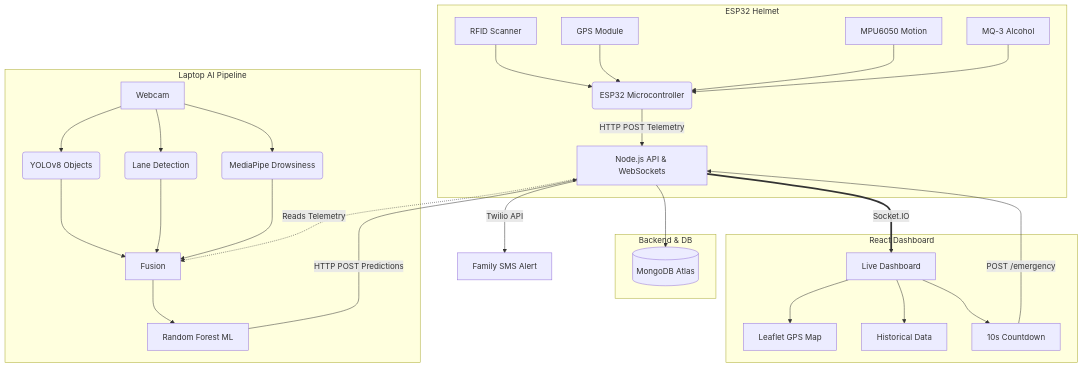
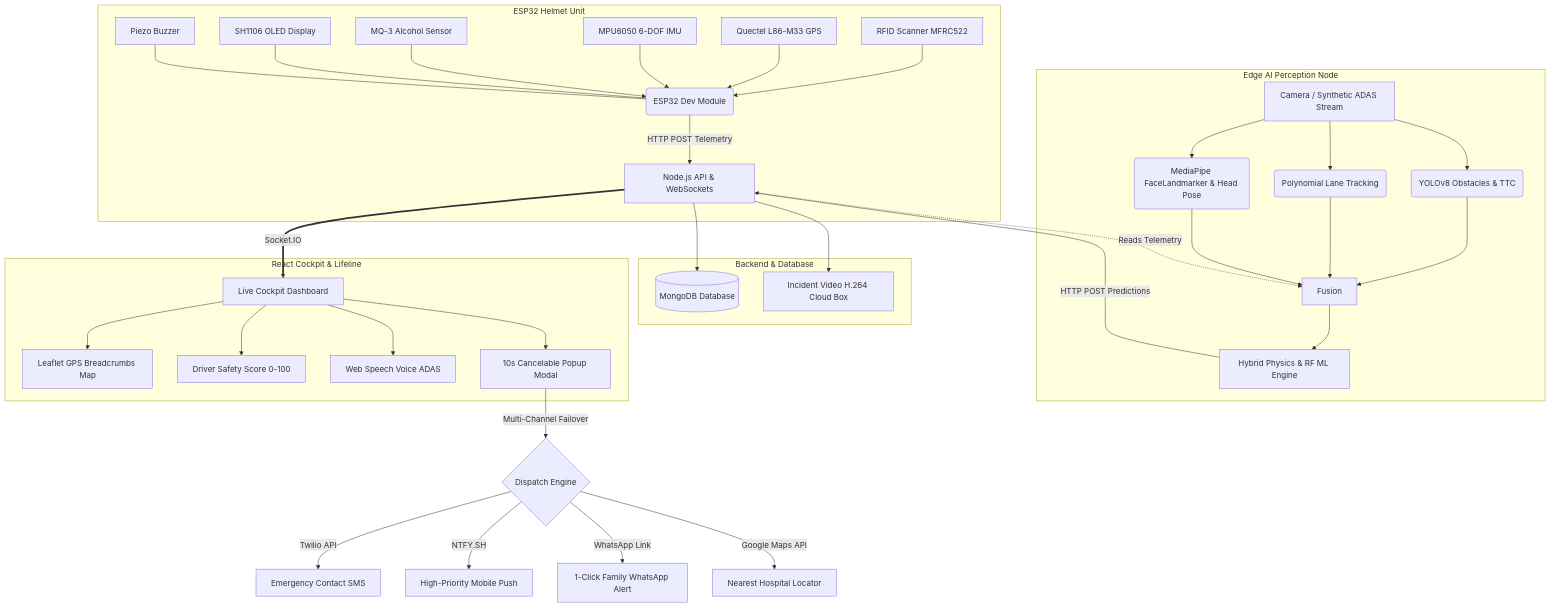
The diagram in README.md (Sahanabu/DivyaDrishti), drawn with Mermaid before and after one commit. The commit also changed other lines of this file and 329 other files, not shown here.

````diff
--- a/README.md
+++ b/README.md
@@ -16,36 +37,43 @@
 ```mermaid
 flowchart TD
-    subgraph Hardware [ESP32 Helmet]
-        RFID[RFID Scanner] --> ESP(ESP32 Microcontroller)
-        GPS[GPS Module] --> ESP
-        MPU[MPU6050 Motion] --> ESP
-        MQ3[MQ-3 Alcohol] --> ESP
+    subgraph Hardware [ESP32 Helmet Unit]
+        RFID[RFID Scanner MFRC522] --> ESP(ESP32 Dev Module)
+        GPS[Quectel L86-M33 GPS] --> ESP
+        MPU[MPU6050 6-DOF IMU] --> ESP
+        MQ3[MQ-3 Alcohol Sensor] --> ESP
+        OLED[SH1106 OLED Display] --- ESP
+        Buzzer[Piezo Buzzer] --- ESP
         ESP -->|HTTP POST Telemetry| Node[Node.js API & WebSockets]
     end
 
-    subgraph Vision [Laptop AI Pipeline]
-        Cam[Webcam] --> YOLO(YOLOv8 Objects)
-        Cam --> Lane(Lane Detection)
-        Cam --> Face(MediaPipe Drowsiness)
+    subgraph Vision [Edge AI Perception Node]
+        Cam[Camera / Synthetic ADAS Stream] --> YOLO(YOLOv8 Obstacles & TTC)
+        Cam --> Lane(Polynomial Lane Tracking)
+        Cam --> Face(MediaPipe FaceLandmarker & Head Pose)
         YOLO --> Fusion
         Lane --> Fusion
         Face --> Fusion
         Node -.->|Reads Telemetry| Fusion
-        Fusion --> RF[Random Forest ML]
-        RF -->|HTTP POST Predictions| Node
+        Fusion --> Hybrid[Hybrid Physics & RF ML Engine]
+        Hybrid -->|HTTP POST Predictions| Node
     end
     
-    subgraph Cloud [Backend & DB]
-        Node --> DB[(MongoDB Atlas)]
+    subgraph Cloud [Backend & Database]
+        Node --> DB[(MongoDB Database)]
+        Node --> Video[Incident Video H.264 Cloud Box]
     end
 
-    subgraph Interface [React Dashboard]
-        Node == Socket.IO ==> React[Live Dashboard]
-        React --> Map[Leaflet GPS Map]
-        React --> Charts[Historical Data]
-        React --> Emergency[10s Countdown]
+    subgraph Interface [React Cockpit & Lifeline]
+        Node == Socket.IO ==> React[Live Cockpit Dashboard]
+        React --> Map[Leaflet GPS Breadcrumbs Map]
+        React --> Score[Driver Safety Score 0-100]
+        React --> Voice[Web Speech Voice ADAS]
+        React --> Emergency[10s Cancelable Popup Modal]
     end
     
-    Emergency -->|POST /emergency| Node
-    Node -->|Twilio API| SMS[Family SMS Alert]
+    Emergency -->|Multi-Channel Failover| Dispatch{Dispatch Engine}
+    Dispatch -->|Twilio API| SMS[Emergency Contact SMS]
+    Dispatch -->|NTFY.SH| Push[High-Priority Mobile Push]
+    Dispatch -->|WhatsApp Link| WA[1-Click Family WhatsApp Alert]
+    Dispatch -->|Google Maps API| Hosp[Nearest Hospital Locator]
 ```
````
